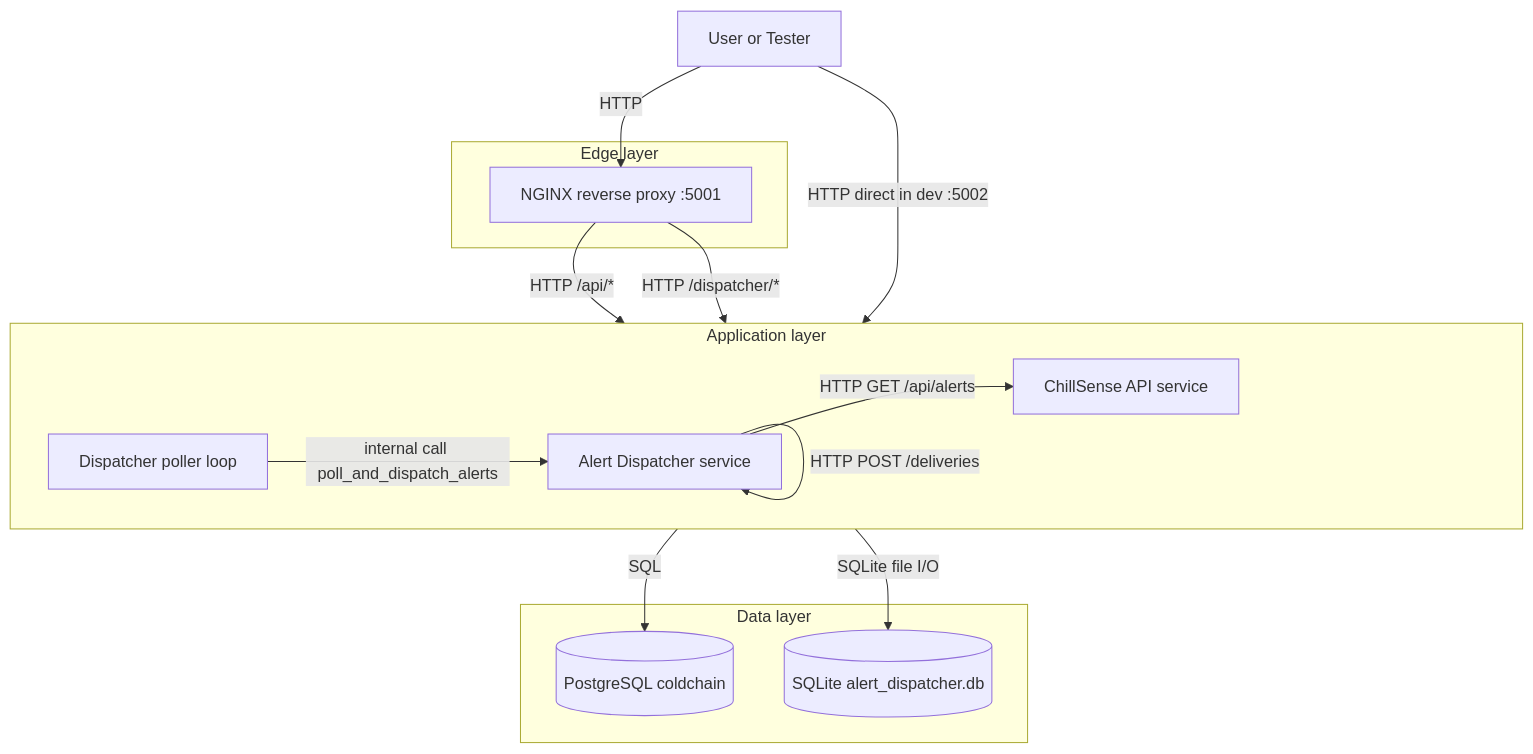
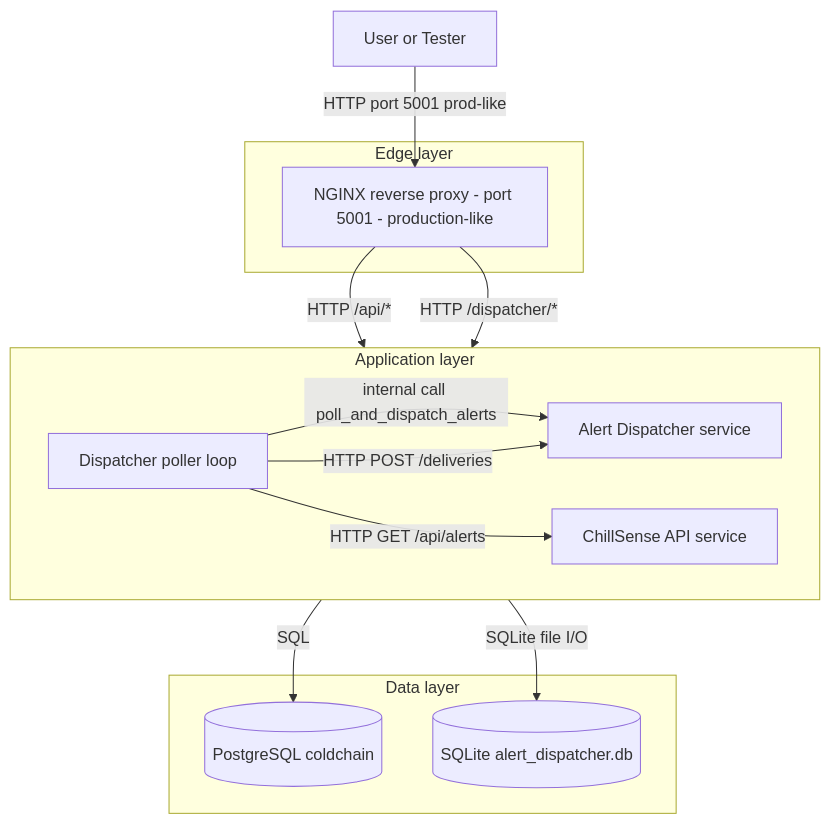
The second of 3 diagrams in ALERT_DISPATCHER_README.md (bitwisesajjad/ChillSense), drawn with Mermaid before and after one commit. The commit also changed other lines of this file and 2 other files, not shown here.

````diff
--- a/ALERT_DISPATCHER_README.md
+++ b/ALERT_DISPATCHER_README.md
@@ -74,32 +112,31 @@
 ```mermaid
 flowchart TB
-    user[User or Tester]
+    user["User or Tester"]
 
     subgraph edge[Edge layer]
-        nginx[NGINX reverse proxy :5001]
+        nginx["NGINX reverse proxy - port 5001 - production-like"]
     end
 
     subgraph app[Application layer]
         direction LR
         dispatcher[Alert Dispatcher service]
         api[ChillSense API service]
         poller[Dispatcher poller loop]
     end
 
     subgraph data[Data layer]
         pg[(PostgreSQL coldchain)]
         sqlite[(SQLite alert_dispatcher.db)]
     end
 
-    user -->|HTTP| nginx
+    user -->|HTTP port 5001 prod-like| nginx
     nginx -->|HTTP /api/*| api
     nginx -->|HTTP /dispatcher/*| dispatcher
 
-    user -->|HTTP direct in dev :5002| dispatcher
     poller -->|internal call poll_and_dispatch_alerts| dispatcher
-    dispatcher -->|HTTP GET /api/alerts| api
-    dispatcher -->|HTTP POST /deliveries| dispatcher
+    poller -->|HTTP GET /api/alerts| api
+    poller -->|HTTP POST /deliveries| dispatcher
 
     api -->|SQL| pg
     dispatcher -->|SQLite file I/O| sqlite
 ```
````
